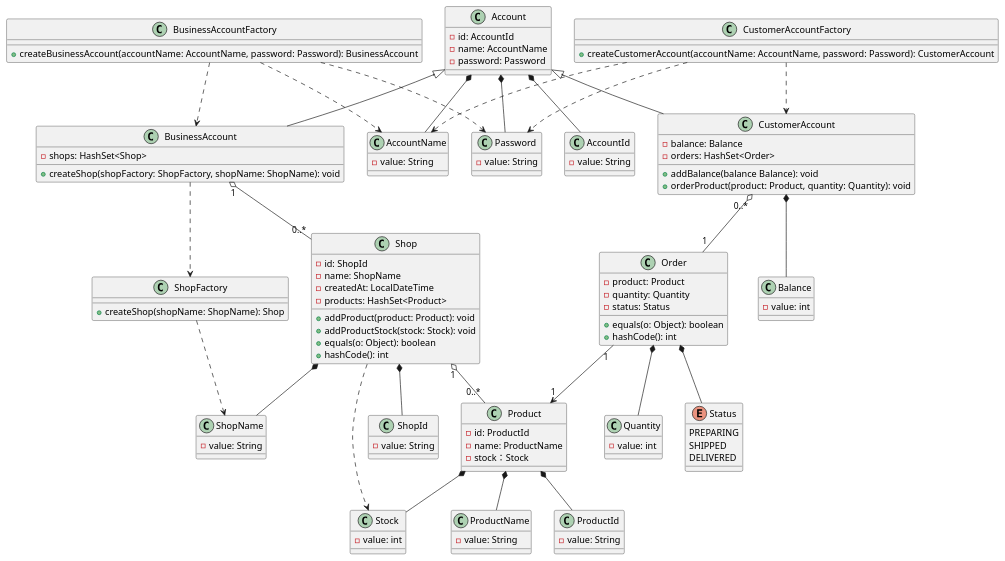
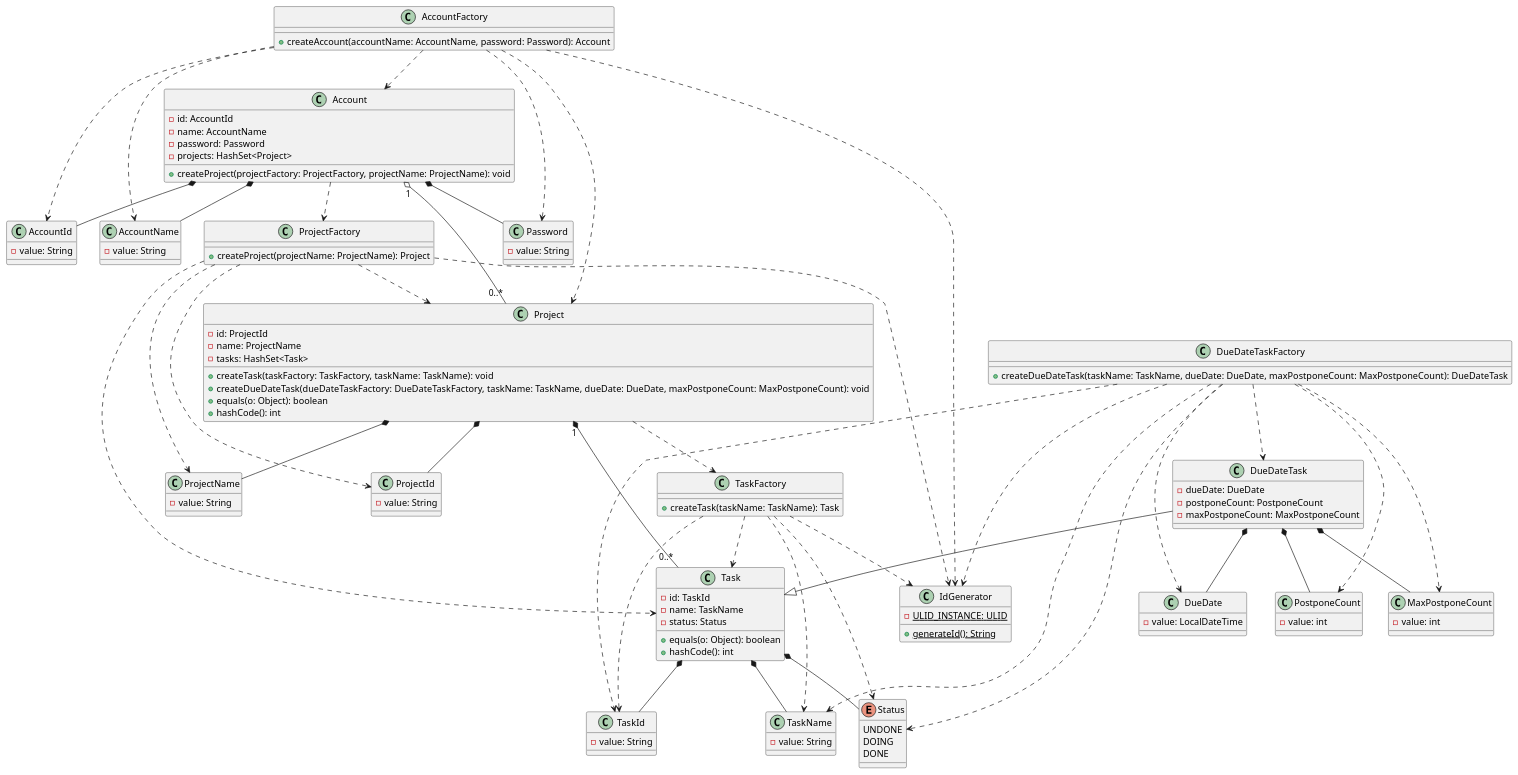
One commit to ORIKAMIxNEP/playground changed the diagram in uml/usecase.puml. Above: the diagram before and after it, drawn with PlantUML.

```diff
--- a/uml/usecase.puml
+++ b/uml/usecase.puml
@@ -1,129 +1,141 @@
 @startuml
 class Account {
   - id: AccountId
   - name: AccountName
   - password: Password
+  - projects: HashSet<Project>
+  + createProject(projectFactory: ProjectFactory, projectName: ProjectName): void
 }
 
 class AccountId {
   - value: String
 }
 
 class AccountName {
   - value: String
 }
 
 class Password {
   - value: String
 }
 
-class CustomerAccount {
-  - balance: Balance
-  - orders: HashSet<Order>
-  + addBalance(balance Balance): void
-  + orderProduct(product: Product, quantity: Quantity): void
+class AccountFactory {
+  + createAccount(accountName: AccountName, password: Password): Account
 }
 
-class CustomerAccountFactory {
-  + createCustomerAccount(accountName: AccountName, password: Password): CustomerAccount
+class Project {
+  - id: ProjectId
+  - name: ProjectName
+  - tasks: HashSet<Task>
+  + createTask(taskFactory: TaskFactory, taskName: TaskName): void
+  + createDueDateTask(dueDateTaskFactory: DueDateTaskFactory, taskName: TaskName, dueDate: DueDate, maxPostponeCount: MaxPostponeCount): void
+  + equals(o: Object): boolean
+  + hashCode(): int
 }
 
-class Balance {
-  - value: int
+class ProjectId {
+  - value: String
 }
 
-class Order {
-  - product: Product
-  - quantity: Quantity
+class ProjectName {
+  - value: String
+}
+
+class ProjectFactory {
+  + createProject(projectName: ProjectName): Project
+}
+
+class Task {
+  - id: TaskId
+  - name: TaskName
   - status: Status
   + equals(o: Object): boolean
   + hashCode(): int
 }
 
-class Quantity {
+class TaskId {
+  - value: String
+}
+
+class TaskName {
+  - value: String
+}
+
+enum Status {
+  UNDONE
+  DOING
+  DONE
+}
+
+class TaskFactory {
+  + createTask(taskName: TaskName): Task
+}
+
+class DueDateTask {
+  - dueDate: DueDate
+  - postponeCount: PostponeCount
+  - maxPostponeCount: MaxPostponeCount
+}
+
+class DueDate {
+  - value: LocalDateTime
+}
+
+class PostponeCount {
   - value: int
 }
 
-enum Status {
-  PREPARING
-  SHIPPED
-  DELIVERED
+class MaxPostponeCount {
+  - value: int
 }
 
-class BusinessAccount {
-  - shops: HashSet<Shop>
-  + createShop(shopFactory: ShopFactory, shopName: ShopName): void
+class DueDateTaskFactory {
+  + createDueDateTask(taskName: TaskName, dueDate: DueDate, maxPostponeCount: MaxPostponeCount): DueDateTask
 }
 
-class BusinessAccountFactory {
-  + createBusinessAccount(accountName: AccountName, password: Password): BusinessAccount
-}
-
-class Shop {
-  - id: ShopId
-  - name: ShopName
-  - createdAt: LocalDateTime
-  - products: HashSet<Product>
-  + addProduct(product: Product): void
-  + addProductStock(stock: Stock): void
-  + equals(o: Object): boolean
-  + hashCode(): int
-}
-
-class ShopFactory {
-  + createShop(shopName: ShopName): Shop
-}
-
-class ShopId {
-  - value: String
-}
-
-class ShopName {
-  - value: String
-}
-
-class Product {
-  - id: ProductId
-  - name: ProductName
-  - stock：Stock
-}
-
-class ProductId {
-  - value: String
-}
-
-class ProductName {
-  - value: String
-}
-
-class Stock {
-  - value: int
+class IdGenerator {
+  {static} - ULID_INSTANCE: ULID
+  {static} + generateId(): String
 }
 
 Account *-- AccountId
 Account *-- AccountName
 Account *-- Password
-Account <|-- CustomerAccount
-CustomerAccountFactory ..> CustomerAccount
-CustomerAccountFactory ..> AccountName
-CustomerAccountFactory ..> Password
-CustomerAccount *-- Balance
-CustomerAccount "0..*" o-- "1" Order
-Order "1" --> "1" Product
-Order *-- Quantity
-Order *-- Status
-Account <|-- BusinessAccount
-BusinessAccountFactory ..> BusinessAccount
-BusinessAccountFactory ..> AccountName
-BusinessAccountFactory ..> Password
-BusinessAccount "1" o-- "0..*" Shop
-BusinessAccount ..> ShopFactory
-ShopFactory ..> ShopName
-Shop *-- ShopId
-Shop *-- ShopName
-Shop "1" o-- "0..*" Product
-Shop ..> Stock
-Product *-- ProductId
-Product *-- ProductName
-Product *-- Stock
+Account "1" o-- "0..*" Project
+Account ..> ProjectFactory
+AccountFactory ..> Account
+AccountFactory ..> AccountId
+AccountFactory ..> IdGenerator
+AccountFactory ..> AccountName
+AccountFactory ..> Password
+AccountFactory ..> Project
+Project *-- ProjectId
+Project *-- ProjectName
+Project "1" *-- "0..*" Task
+Project ..> TaskFactory
+ProjectFactory ..> Project
+ProjectFactory ..> ProjectId
+ProjectFactory ..> IdGenerator
+ProjectFactory ..> ProjectName
+ProjectFactory ..> Task
+Task *-- TaskId
+Task *-- TaskName
+Task *-- Status
+TaskFactory ..> Task
+TaskFactory ..> TaskId
+TaskFactory ..> IdGenerator
+TaskFactory ..> TaskName
+TaskFactory ..> Status
+DueDateTask --|> Task
+DueDateTask *-- DueDate
+DueDateTask *-- PostponeCount
+DueDateTask *-- MaxPostponeCount
+DueDateTaskFactory ..> DueDateTask
+DueDateTaskFactory ..> TaskId
+DueDateTaskFactory ..> IdGenerator
+DueDateTaskFactory ..> TaskName
+DueDateTaskFactory ..> Status
+DueDateTaskFactory ..> DueDate
+DueDateTaskFactory ..> PostponeCount
+DueDateTaskFactory ..> MaxPostponeCount
 @enduml
```
